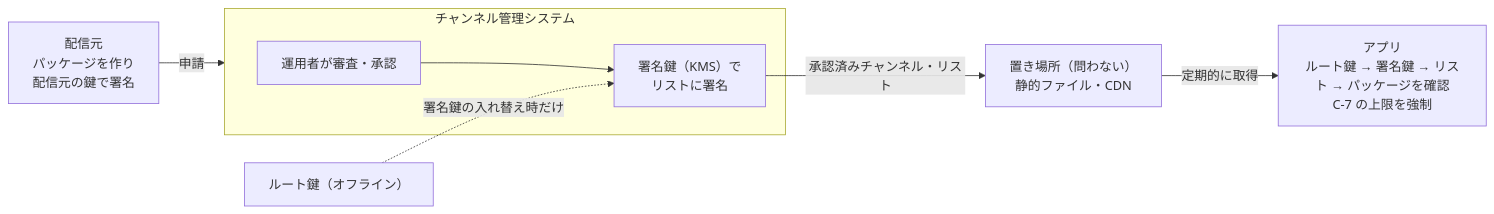
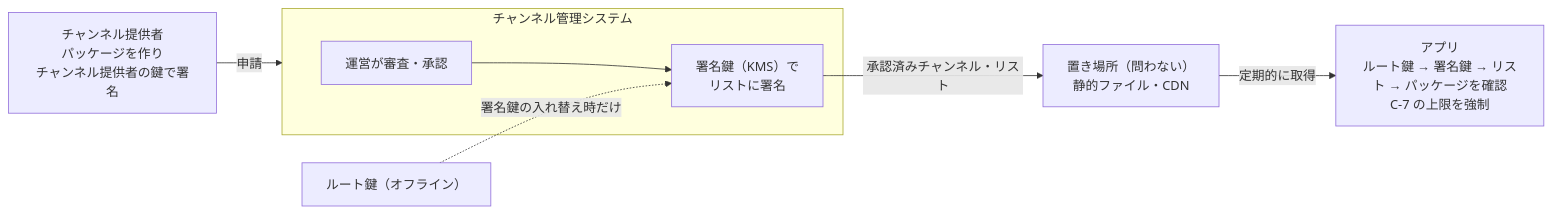
One commit to duwenji/yorisoi-platform changed the diagram in docs/adr/ADR-001-third-party-channel-curation.md. Above: the diagram before and after it, drawn with Mermaid. The commit also changed other lines of this file and 8 other files, not shown here.

````diff
--- a/docs/adr/ADR-001-third-party-channel-curation.md
+++ b/docs/adr/ADR-001-third-party-channel-curation.md
@@ -67,10 +67,10 @@
 ```mermaid
 flowchart LR
-    P["配信元<br/>パッケージを作り<br/>配信元の鍵で署名"] -- 申請 --> M
+    P["チャンネル提供者<br/>パッケージを作り<br/>チャンネル提供者の鍵で署名"] -- 申請 --> M
     subgraph M["チャンネル管理システム"]
-        O["運用者が審査・承認"] --> K["署名鍵（KMS）で<br/>リストに署名"]
+        O["運営が審査・承認"] --> K["署名鍵（KMS）で<br/>リストに署名"]
     end
     R["ルート鍵（オフライン）"] -. "署名鍵の入れ替え時だけ" .-> K
     K -- "承認済みチャンネル・リスト" --> H["置き場所（問わない）<br/>静的ファイル・CDN"]
     H -- "定期的に取得" --> A["アプリ<br/>ルート鍵 → 署名鍵 → リスト → パッケージを確認<br/>C-7 の上限を強制"]
 ```
````
